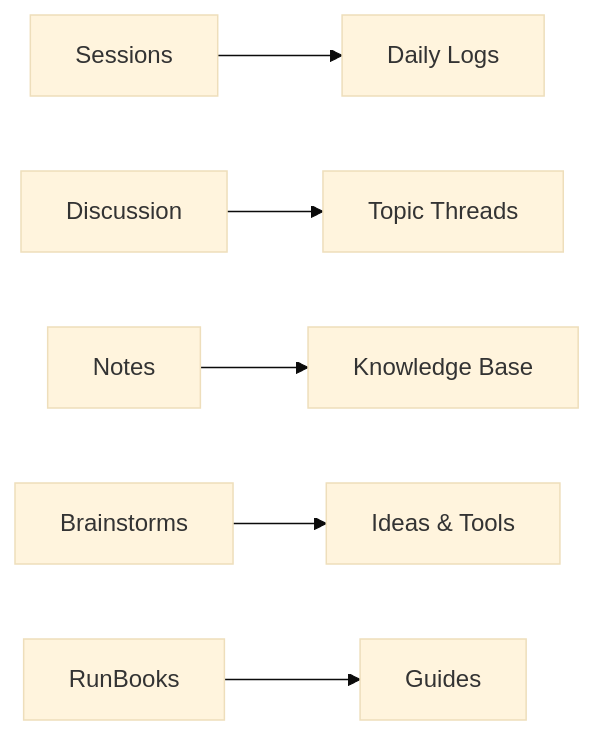
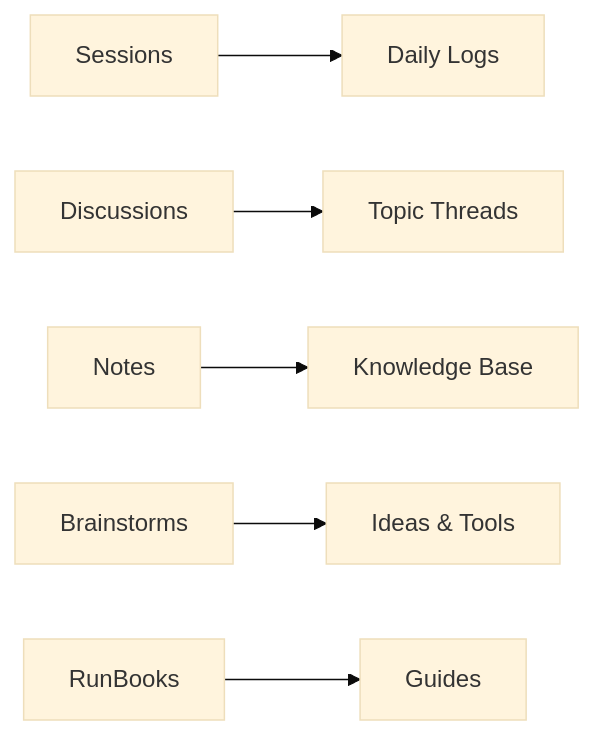
Before and after one commit to ThanuMahee12/AgentContext: the first of 2 diagrams in docs/index.md, drawn with Mermaid (base theme). The commit also changed other lines of this file and 45 other files, not shown here.

````diff
--- a/docs/index.md
+++ b/docs/index.md
@@ -29,8 +29,8 @@
 ```mermaid
 graph LR
     A[Sessions] --> B[Daily Logs]
-    C[Discussion] --> D[Topic Threads]
+    C[Discussions] --> D[Topic Threads]
     E[Notes] --> F[Knowledge Base]
     G[Brainstorms] --> H[Ideas & Tools]
     I[RunBooks] --> J[Guides]
 ```
````
